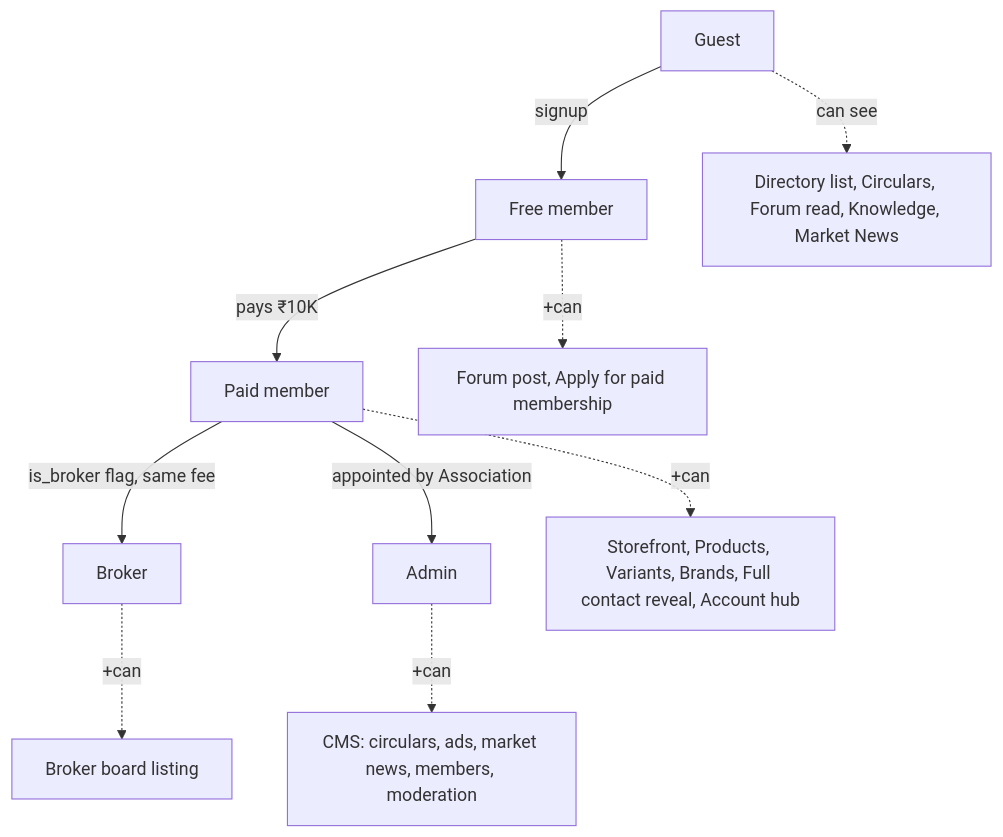
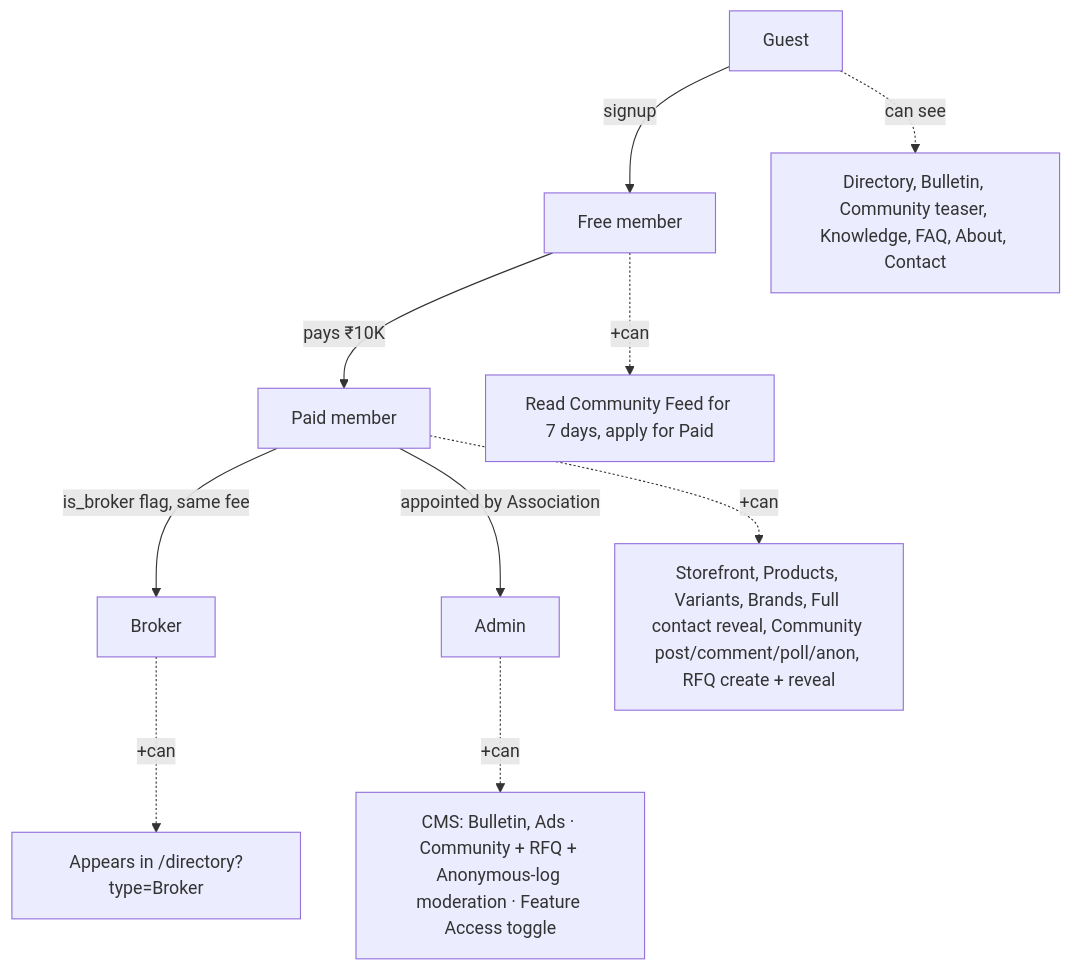
One commit to arka97/mddma-test changed the first of 2 diagrams in src/content/docs/03-product-and-ux.md. Above: the diagram before and after it, drawn with Mermaid. The commit also changed other lines of this file and 7 other files, not shown here.

````diff
--- a/src/content/docs/03-product-and-ux.md
+++ b/src/content/docs/03-product-and-ux.md
@@ -36,13 +39,13 @@
 ```mermaid
 flowchart TD
   G[Guest] -->|signup| F[Free member]
   F -->|pays ₹10K| P[Paid member]
   P -->|is_broker flag, same fee| B[Broker]
   P -->|appointed by Association| A[Admin]
 
-  G -.can see.-> Public[Directory list, Circulars, Forum read, Knowledge, Market News]
-  F -.+can.-> FreeAdds[Forum post, Apply for paid membership]
-  P -.+can.-> PaidAdds[Storefront, Products, Variants, Brands, Full contact reveal, Account hub]
-  B -.+can.-> BrokerAdds[Broker board listing]
-  A -.+can.-> AdminAdds[CMS: circulars, ads, market news, members, moderation]
+  G -.can see.-> Public[Directory, Bulletin, Community teaser, Knowledge, FAQ, About, Contact]
+  F -.+can.-> FreeAdds[Read Community Feed for 7 days, apply for Paid]
+  P -.+can.-> PaidAdds[Storefront, Products, Variants, Brands, Full contact reveal, Community post/comment/poll/anon, RFQ create + reveal]
+  B -.+can.-> BrokerAdds[Appears in /directory?type=Broker]
+  A -.+can.-> AdminAdds[CMS: Bulletin, Ads · Community + RFQ + Anonymous-log moderation · Feature Access toggle]
 ```
````
